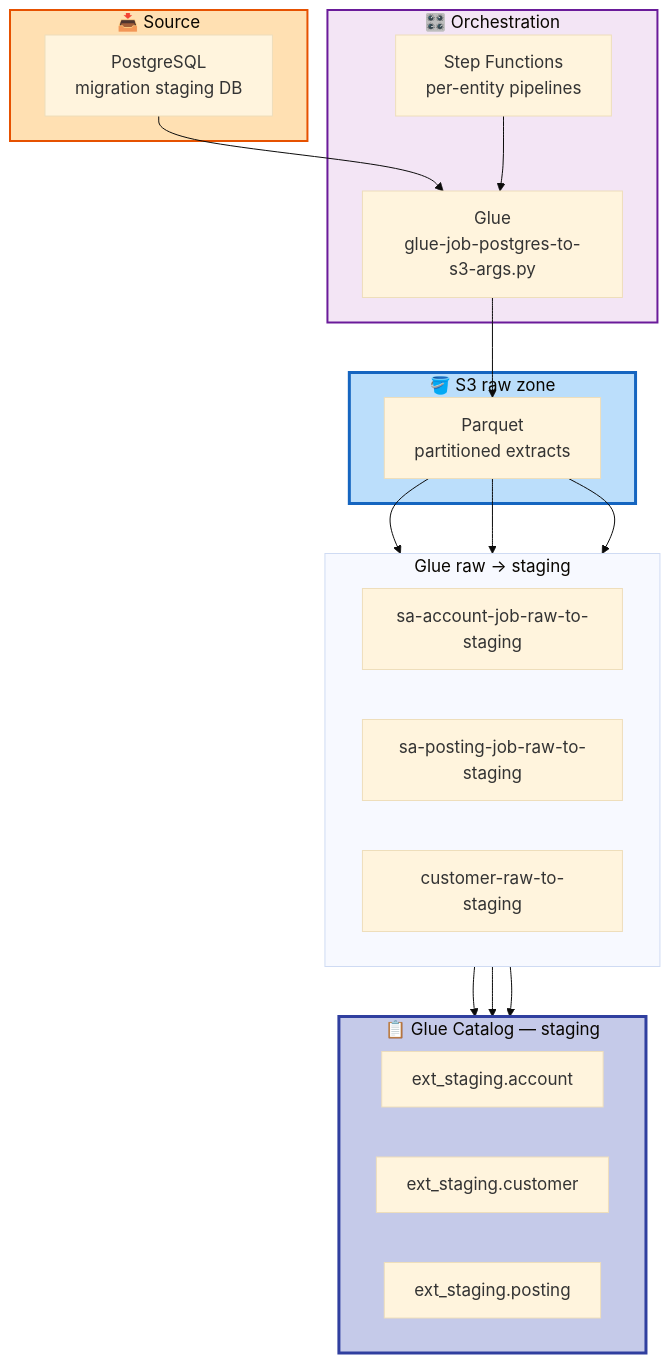
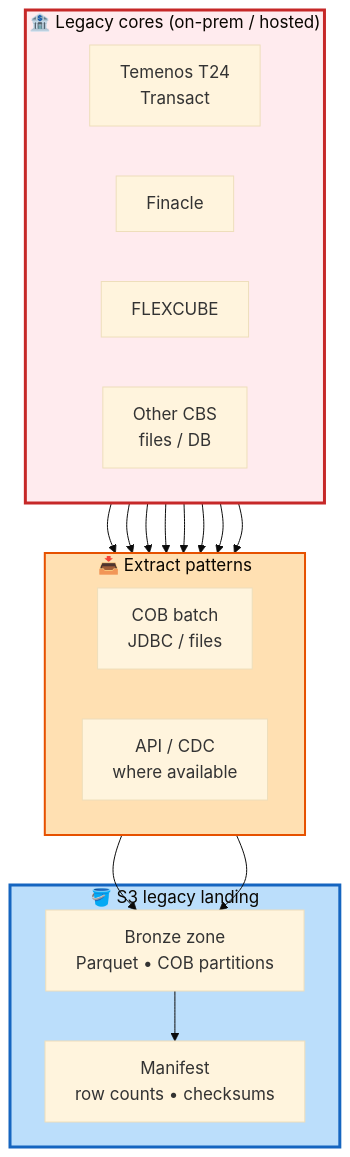
Before and after one commit to willtran112358/gft-cloud-data-migration-framework: the second of 4 diagrams in README.md, drawn with Mermaid. The commit also changed other lines of this file and 2 other files, not shown here.

Commit message:
Restore APAC-centric architecture, remove zip and sequence diagram

````diff
--- a/README.md
+++ b/README.md
@@ -51,43 +53,30 @@
 ```mermaid
 %%{init: {'theme': 'base', 'themeVariables': {'fontSize': '17px'}}}%%
 flowchart TD
-    subgraph SRC["📥 Source"]
-        PG["PostgreSQL<br/>migration staging DB"]
+    subgraph LEGACY["🏦 Legacy cores (on-prem / hosted)"]
+        direction LR
+        T24["Temenos T24<br/>Transact"]
+        FIN["Finacle"]
+        FC["FLEXCUBE"]
+        OTH["Other CBS<br/>files / DB"]
     end
 
-    subgraph ORCH["🎛️ Orchestration"]
-        SF1["Step Functions<br/>per-entity pipelines"]
-        GL0["Glue<br/>glue-job-postgres-to-s3-args.py"]
+    subgraph EXTRACT["📥 Extract patterns"]
+        direction LR
+        COB["COB batch<br/>JDBC / files"]
+        API["API / CDC<br/>where available"]
     end
 
-    subgraph RAW["🪣 S3 raw zone"]
-        S3R["Parquet<br/>partitioned extracts"]
+    subgraph LAND["🪣 S3 legacy landing"]
+        BRZ["Bronze zone<br/>Parquet • COB partitions"]
+        MAN["Manifest<br/>row counts • checksums"]
     end
 
-    subgraph STG["📋 Glue Catalog — staging"]
-        direction LR
-        ACC["ext_staging.account"]
-        CUS["ext_staging.customer"]
-        PIB["ext_staging.posting"]
-    end
+    T24 & FIN & FC & OTH --> COB & API
+    COB & API --> BRZ
+    BRZ --> MAN
 
-    subgraph JOBS["Glue raw → staging"]
-        direction LR
-        SA["sa-account-job-raw-to-staging"]
-        SP["sa-posting-job-raw-to-staging"]
-        CU["customer-raw-to-staging"]
-    end
-
-    PG --> GL0
-    SF1 --> GL0
-    GL0 --> S3R
-    S3R --> SA & SP & CU
-    SA --> ACC
-    SP --> PIB
-    CU --> CUS
-
-    style SRC fill:#FFE0B2,stroke:#E65100,stroke-width:2px
-    style RAW fill:#BBDEFB,stroke:#1565C0,stroke-width:3px
-    style STG fill:#C5CAE9,stroke:#303F9F,stroke-width:3px
-    style ORCH fill:#F3E5F5,stroke:#6A1B9A,stroke-width:2px
+    style LEGACY fill:#FFEBEE,stroke:#C62828,stroke-width:3px
+    style EXTRACT fill:#FFE0B2,stroke:#E65100,stroke-width:2px
+    style LAND fill:#BBDEFB,stroke:#1565C0,stroke-width:3px
 ```
````
